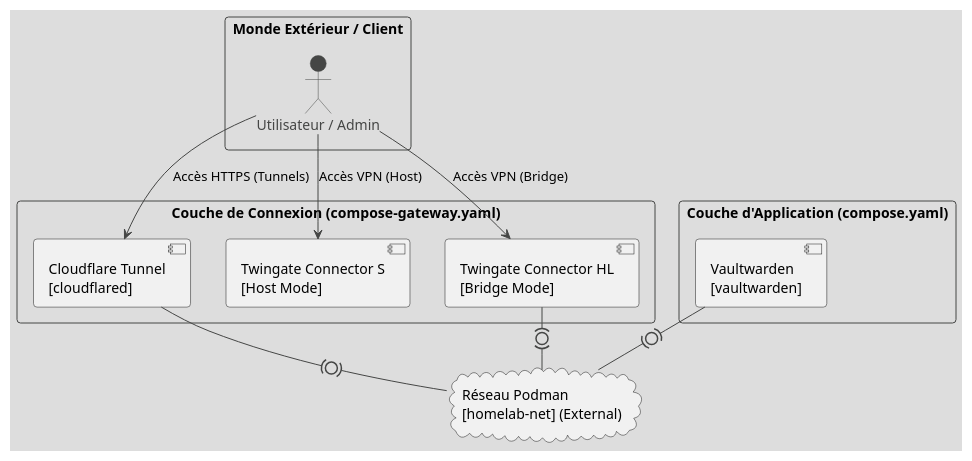
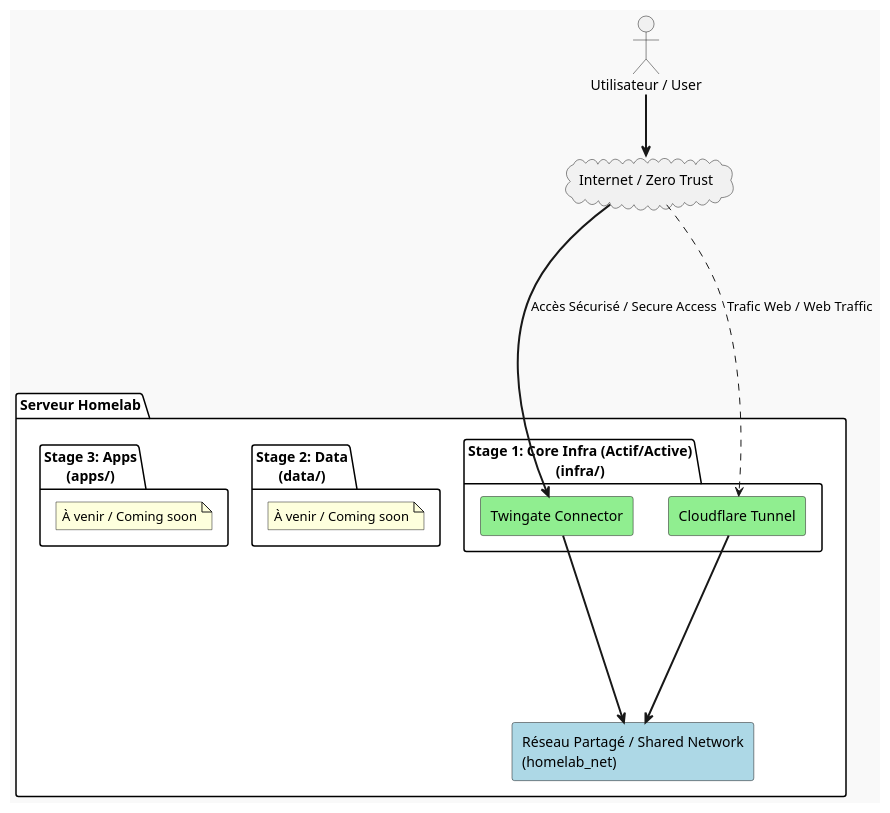
Before and after one commit to altasu/homelab: the diagram in homelab.wsd, drawn with PlantUML. The commit also changed 10 other files, not shown here.

First line of the commit message:
refactor(architecture): restructuration du projet en 3 tiers (infra, data, apps)

```diff
--- a/homelab.wsd
+++ b/homelab.wsd
@@ -1,33 +1,34 @@
-@startuml homelab
-!theme toy
+@startuml
+skinparam componentStyle rectangle
+skinparam backgroundColor #F9F9F9
+skinparam packageBackgroundColor #FFFFFF
 
-skinparam packageStyle rectangle
-skinparam shadowing false
+actor "Utilisateur / User" as user
+cloud "Internet / Zero Trust" as internet
 
-package "Monde Extérieur / Client" {
-    actor "Utilisateur / Admin" as User
+package "Serveur Homelab" {
+    
+    [Réseau Partagé / Shared Network\n(homelab_net)] as shared_net #LightBlue
+    
+    package "Stage 1: Core Infra (Actif/Active)\n(infra/)" {
+        [Twingate Connector] as twingate #LightGreen
+        [Cloudflare Tunnel] as cloudflare #LightGreen
+    }
+
+    package "Stage 2: Data\n(data/)" #White {
+        note "À venir / Coming soon" as n1
+    }
+
+    package "Stage 3: Apps\n(apps/)" #White {
+        note "À venir / Coming soon" as n2
+    }
 }
 
-package "Couche de Connexion (compose-gateway.yaml)" {
-    component "Cloudflare Tunnel\n[cloudflared]" as Cloudflare
-    component "Twingate Connector S\n[Host Mode]" as TwingateHost
-    component "Twingate Connector HL\n[Bridge Mode]" as TwingateNet
-}
+user =down=> internet
+internet ==down==> twingate : "Accès Sécurisé / Secure Access"
+internet -.down.-> cloudflare : "Trafic Web / Web Traffic"
 
-package "Couche d'Application (compose.yaml)" {
-    component "Vaultwarden\n[vaultwarden]" as Vaultwarden
-}
-
-cloud "Réseau Podman\n[homelab-net] (External)" as Net
-
-' Connexions d'accès
-User --> TwingateHost : "Accès VPN (Host)"
-User --> TwingateNet : "Accès VPN (Bridge)"
-User --> Cloudflare : "Accès HTTPS (Tunnels)"
-
-' Connexions réseau interne
-Cloudflare -(0)- Net
-TwingateNet -(0)- Net
-Vaultwarden -(0)- Net
+twingate ==down==> shared_net
+cloudflare ==down==> shared_net
 
 @enduml
```
